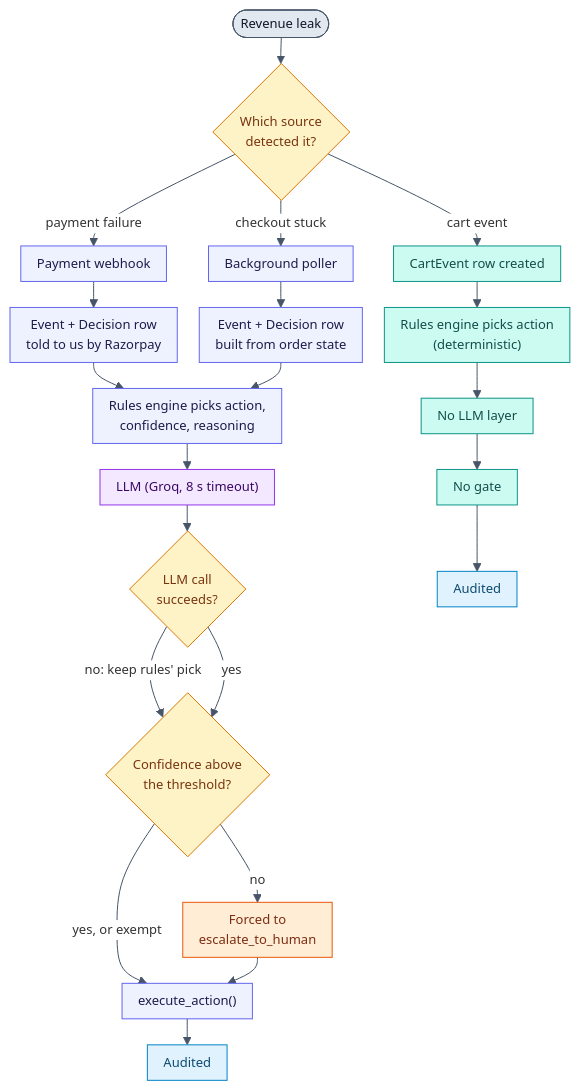
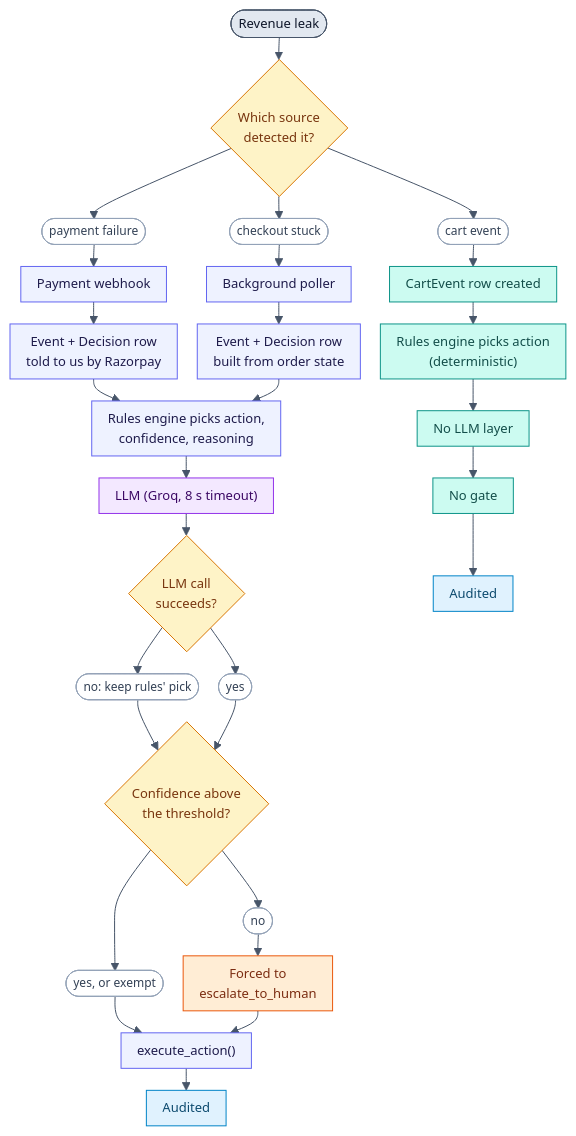
The diagram in docs/diagrams/decision-pipeline.mmd (Lakshaykhatri231/Backstop), drawn with Mermaid before and after one commit. The commit also changed 4 other files, not shown here.

Commit message:
Personalised voice agent, Dragon HD pace and pauses, clean architecture diagrams

```diff
--- a/docs/diagrams/decision-pipeline.mmd
+++ b/docs/diagrams/decision-pipeline.mmd
@@ -1,39 +1,67 @@
-%%{init: {'theme':'base','themeVariables':{'fontSize':'13px','edgeLabelBackground':'#ffffff','lineColor':'#475569'},'flowchart':{'nodeSpacing':22,'rankSpacing':26,'padding':8,'htmlLabels':true}}}%%
+%%{init: {'theme':'base','themeVariables':{'fontSize':'13px','lineColor':'#475569'},'flowchart':{'nodeSpacing':20,'rankSpacing':22,'padding':8,'htmlLabels':true}}}%%
 flowchart TD
-    LEAK(["Revenue leak"]) --> SRC{"Which source<br/>detected it?"}
-    SRC -- "payment failure" --> W["Payment webhook"]
-    SRC -- "checkout stuck" --> POLL["Background poller"]
-    SRC -- "cart event" --> CE["CartEvent row created"]
-
-    W --> EV1["Event + Decision row<br/>told to us by Razorpay"]
-    POLL --> EV2["Event + Decision row<br/>built from order state"]
-    EV1 --> RULES["Rules engine picks action,<br/>confidence, reasoning"]
+    LEAK(["Revenue leak"])
+    SRC{"Which source<br/>detected it?"}
+    W["Payment webhook"]
+    POLL["Background poller"]
+    CE["CartEvent row created"]
+    EV1["Event + Decision row<br/>told to us by Razorpay"]
+    EV2["Event + Decision row<br/>built from order state"]
+    RULES["Rules engine picks action,<br/>confidence, reasoning"]
+    LLM["LLM (Groq, 8 s timeout)"]
+    OK{"LLM call<br/>succeeds?"}
+    GATE{"Confidence above<br/>the threshold?"}
+    EXEC["execute_action()"]
+    ESC["Forced to<br/>escalate_to_human"]
+    AUD["Audited"]
+    CR["Rules engine picks action<br/>(deterministic)"]
+    NL["No LLM layer"]
+    NG["No gate"]
+    AUD2["Audited"]
+    LEAK --> SRC
+    SRC --> L1(["payment failure"])
+    L1 --> W
+    SRC --> L2(["checkout stuck"])
+    L2 --> POLL
+    SRC --> L3(["cart event"])
+    L3 --> CE
+    W --> EV1
+    POLL --> EV2
+    EV1 --> RULES
     EV2 --> RULES
-    RULES --> LLM["LLM (Groq, 8 s timeout)"]
-    LLM --> OK{"LLM call<br/>succeeds?"}
-    OK -- "no: keep rules' pick" --> GATE
-    OK -- yes --> GATE{"Confidence above<br/>the threshold?"}
-    GATE -- "yes, or exempt" --> EXEC["execute_action()"]
-    GATE -- "no" --> ESC["Forced to<br/>escalate_to_human"]
+    RULES --> LLM
+    LLM --> OK
+    OK --> L4(["no: keep rules' pick"])
+    L4 --> GATE
+    OK --> L5(["yes"])
+    L5 --> GATE
+    GATE --> L6(["yes, or exempt"])
+    L6 --> EXEC
+    GATE --> L7(["no"])
+    L7 --> ESC
     ESC --> EXEC
-    EXEC --> AUD["Audited"]
-
-    CE --> CR["Rules engine picks action<br/>(deterministic)"]
-    CR --> NL["No LLM layer"]
-    NL --> NG["No gate"]
-    NG --> AUD2["Audited"]
+    EXEC --> AUD
+    CE --> CR
+    CR --> NL
+    NL --> NG
+    NG --> AUD2
 
     classDef start fill:#e2e8f0,stroke:#475569,color:#0f172a
+    classDef head fill:#1e1b4b,stroke:#1e1b4b,color:#ffffff
     classDef step fill:#eef2ff,stroke:#6366f1,color:#1e1b4b
     classDef cart fill:#ccfbf1,stroke:#0d9488,color:#134e4a
     classDef ask fill:#fef3c7,stroke:#d97706,color:#78350f
     classDef ai fill:#f3e8ff,stroke:#9333ea,color:#3b0764
+    classDef good fill:#dcfce7,stroke:#16a34a,color:#14532d
+    classDef bad fill:#fee2e2,stroke:#dc2626,color:#7f1d1d
     classDef person fill:#ffedd5,stroke:#ea580c,color:#7c2d12
     classDef log fill:#e0f2fe,stroke:#0284c7,color:#0c4a6e
+    classDef tag fill:#ffffff,stroke:#94a3b8,color:#334155,font-size:12px
     class LEAK start
     class W,POLL,EV1,EV2,RULES,EXEC step
     class CE,CR,NL,NG cart
     class SRC,OK,GATE ask
     class LLM ai
     class ESC person
     class AUD,AUD2 log
+    class L1,L2,L3,L4,L5,L6,L7 tag
```
